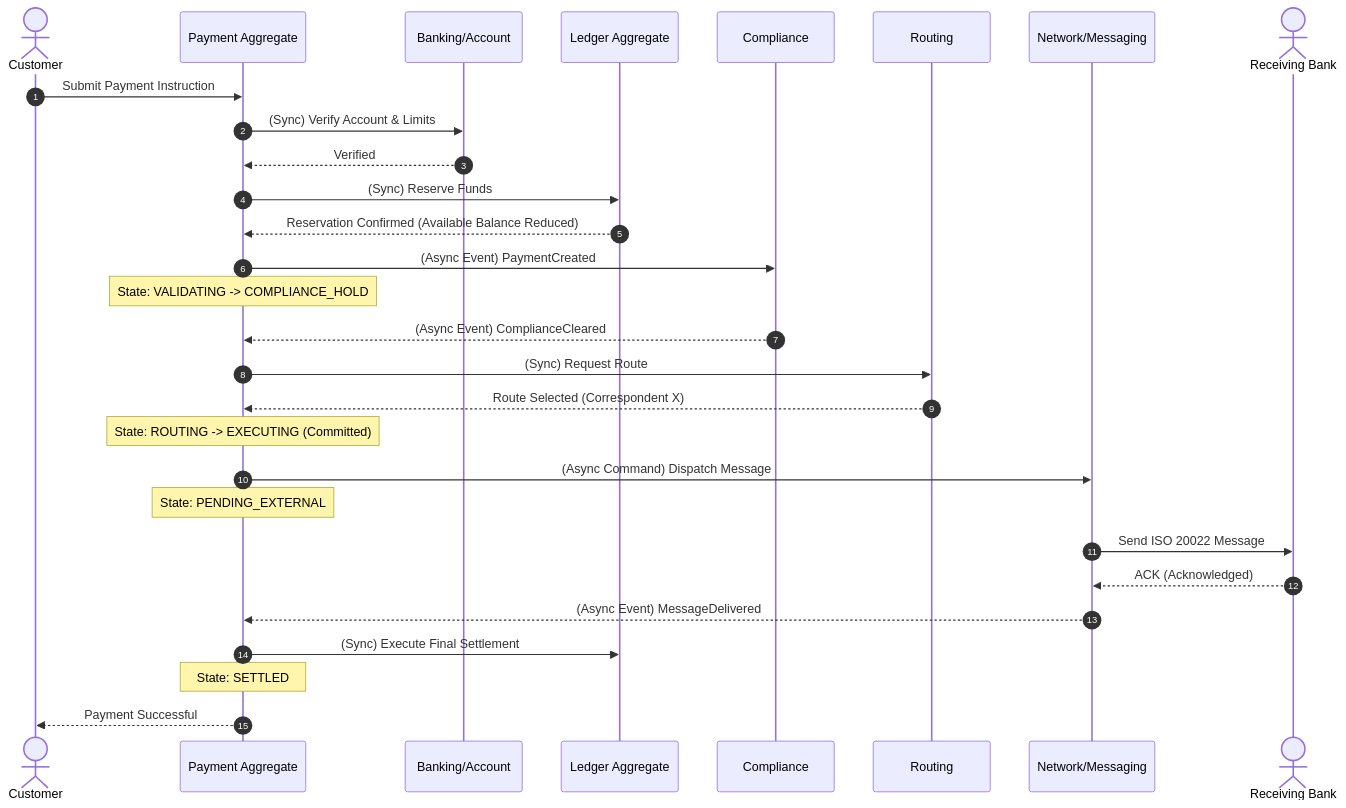
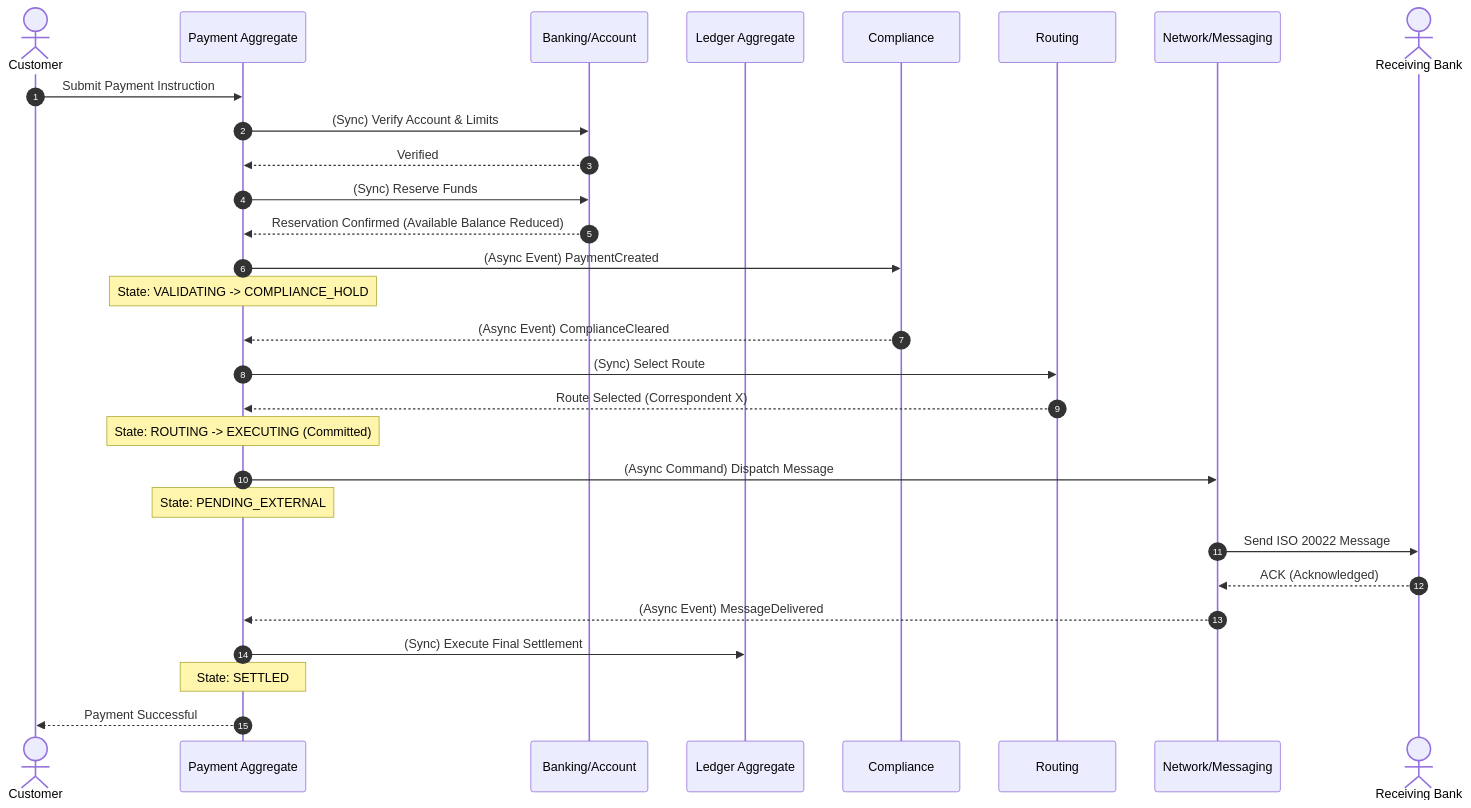
The first of 3 diagrams in docs/domain/interaction-flows.md (Rohan-Stark/CrossPayNet), drawn with Mermaid before and after one commit. The commit also changed other lines of this file and 6 other files, not shown here.

````diff
--- a/docs/domain/interaction-flows.md
+++ b/docs/domain/interaction-flows.md
@@ -11,44 +11,44 @@
 ```mermaid
 sequenceDiagram
     autonumber
     actor Customer
     participant PaymentModule as Payment Aggregate
     participant BankingModule as Banking/Account
     participant LedgerModule as Ledger Aggregate
     participant ComplianceModule as Compliance
     participant RoutingModule as Routing
     participant NetworkModule as Network/Messaging
     actor ReceivingBank as Receiving Bank
 
     Customer->>PaymentModule: Submit Payment Instruction
     PaymentModule->>BankingModule: (Sync) Verify Account & Limits
     BankingModule-->>PaymentModule: Verified
     
     %% Reservation Point
-    PaymentModule->>LedgerModule: (Sync) Reserve Funds
-    LedgerModule-->>PaymentModule: Reservation Confirmed (Available Balance Reduced)
+    PaymentModule->>BankingModule: (Sync) Reserve Funds
+    BankingModule-->>PaymentModule: Reservation Confirmed (Available Balance Reduced)
     
     %% Asynchronous Compliance
     PaymentModule->>ComplianceModule: (Async Event) PaymentCreated
     Note over PaymentModule: State: VALIDATING -> COMPLIANCE_HOLD
     ComplianceModule-->>PaymentModule: (Async Event) ComplianceCleared
     
     %% Routing
-    PaymentModule->>RoutingModule: (Sync) Request Route
+    PaymentModule->>RoutingModule: (Sync) Select Route
     RoutingModule-->>PaymentModule: Route Selected (Correspondent X)
     
     %% Commitment Point
     Note over PaymentModule: State: ROUTING -> EXECUTING (Committed)
     
     %% Messaging
     PaymentModule->>NetworkModule: (Async Command) Dispatch Message
     Note over PaymentModule: State: PENDING_EXTERNAL
     NetworkModule->>ReceivingBank: Send ISO 20022 Message
     ReceivingBank-->>NetworkModule: ACK (Acknowledged)
     NetworkModule-->>PaymentModule: (Async Event) MessageDelivered
     
     %% Settlement
     PaymentModule->>LedgerModule: (Sync) Execute Final Settlement
     Note over PaymentModule: State: SETTLED
     PaymentModule-->>Customer: Payment Successful
 ```
````
